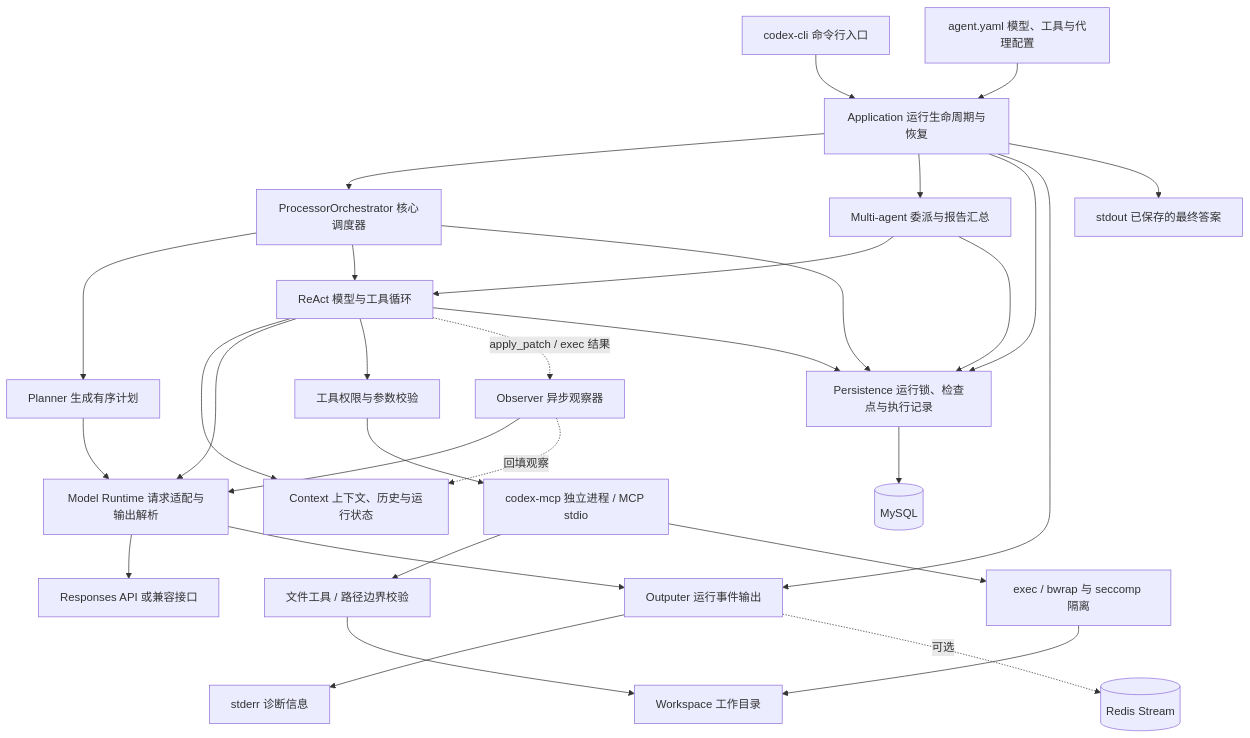
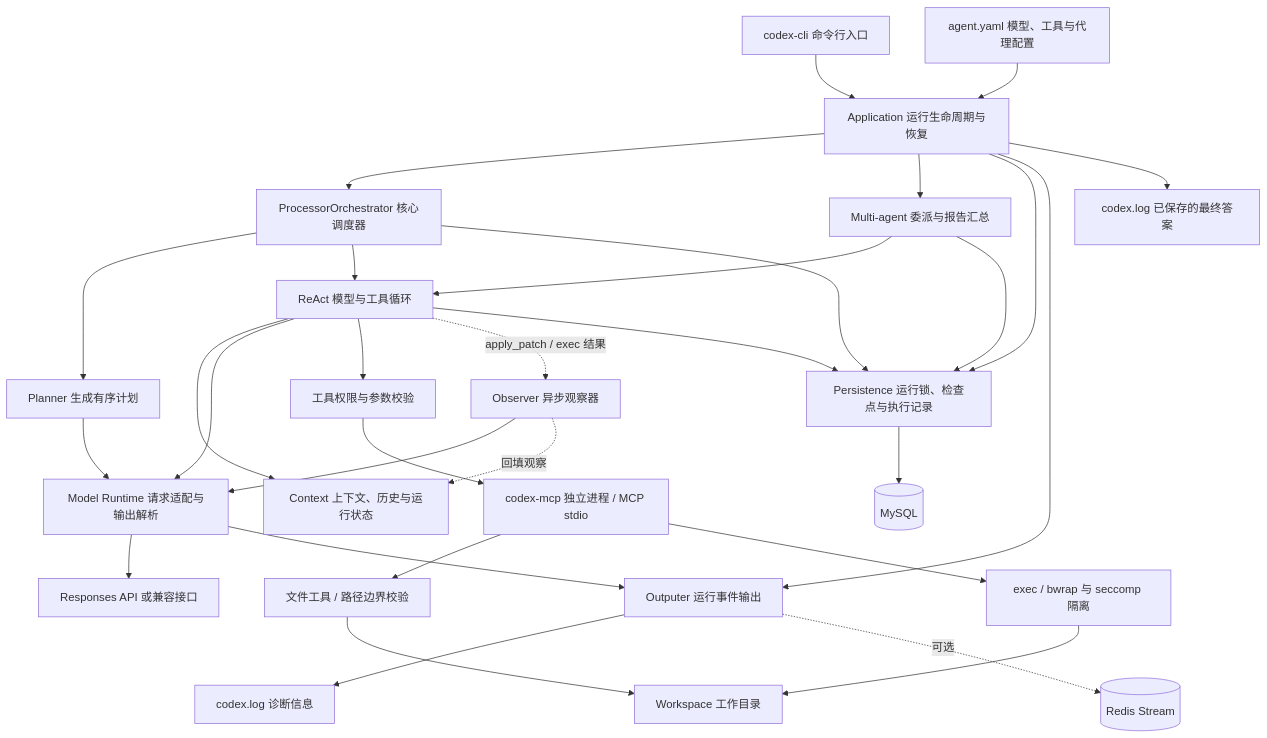
Before and after one commit to collie-agent/codex-go: the first of 2 diagrams in README.md, drawn with Mermaid. The commit also changed other lines of this file and 42 other files, not shown here.

````diff
--- a/README.md
+++ b/README.md
@@ -166,33 +168,33 @@
 ```mermaid
 flowchart TD
     CLI["codex-cli 命令行入口"] --> APP["Application 运行生命周期与恢复"]
     YAML["agent.yaml 模型、工具与代理配置"] --> APP
     APP --> ORCH["ProcessorOrchestrator 核心调度器"]
     ORCH --> PLAN["Planner 生成有序计划"]
     ORCH --> REACT["ReAct 模型与工具循环"]
     APP --> MULTI["Multi-agent 委派与报告汇总"]
     MULTI --> REACT
     REACT --> CTX["Context 上下文、历史与运行状态"]
     PLAN --> MODEL["Model Runtime 请求适配与输出解析"]
     REACT --> MODEL
     MODEL --> API["Responses API 或兼容接口"]
     REACT --> CHECK["工具权限与参数校验"]
     CHECK --> MCP["codex-mcp 独立进程 / MCP stdio"]
     MCP --> FILE["文件工具 / 路径边界校验"]
     MCP --> EXEC["exec / bwrap 与 seccomp 隔离"]
     FILE --> WS["Workspace 工作目录"]
     EXEC --> WS
     REACT -. "apply_patch / exec 结果" .-> OBS["Observer 异步观察器"]
     OBS --> MODEL
     OBS -. "回填观察" .-> CTX
     APP --> STORE["Persistence 运行锁、检查点与执行记录"]
     REACT --> STORE
     ORCH --> STORE
     MULTI --> STORE
     STORE --> DB[("MySQL")]
     APP --> OUTPUT["Outputer 运行事件输出"]
     MODEL --> OUTPUT
-    OUTPUT --> STDERR["stderr 诊断信息"]
+    OUTPUT --> STDERR["codex.log 诊断信息"]
     OUTPUT -. "可选" .-> REDIS[("Redis Stream")]
-    APP --> ANSWER["stdout 已保存的最终答案"]
+    APP --> ANSWER["codex.log 已保存的最终答案"]
 ```
````
